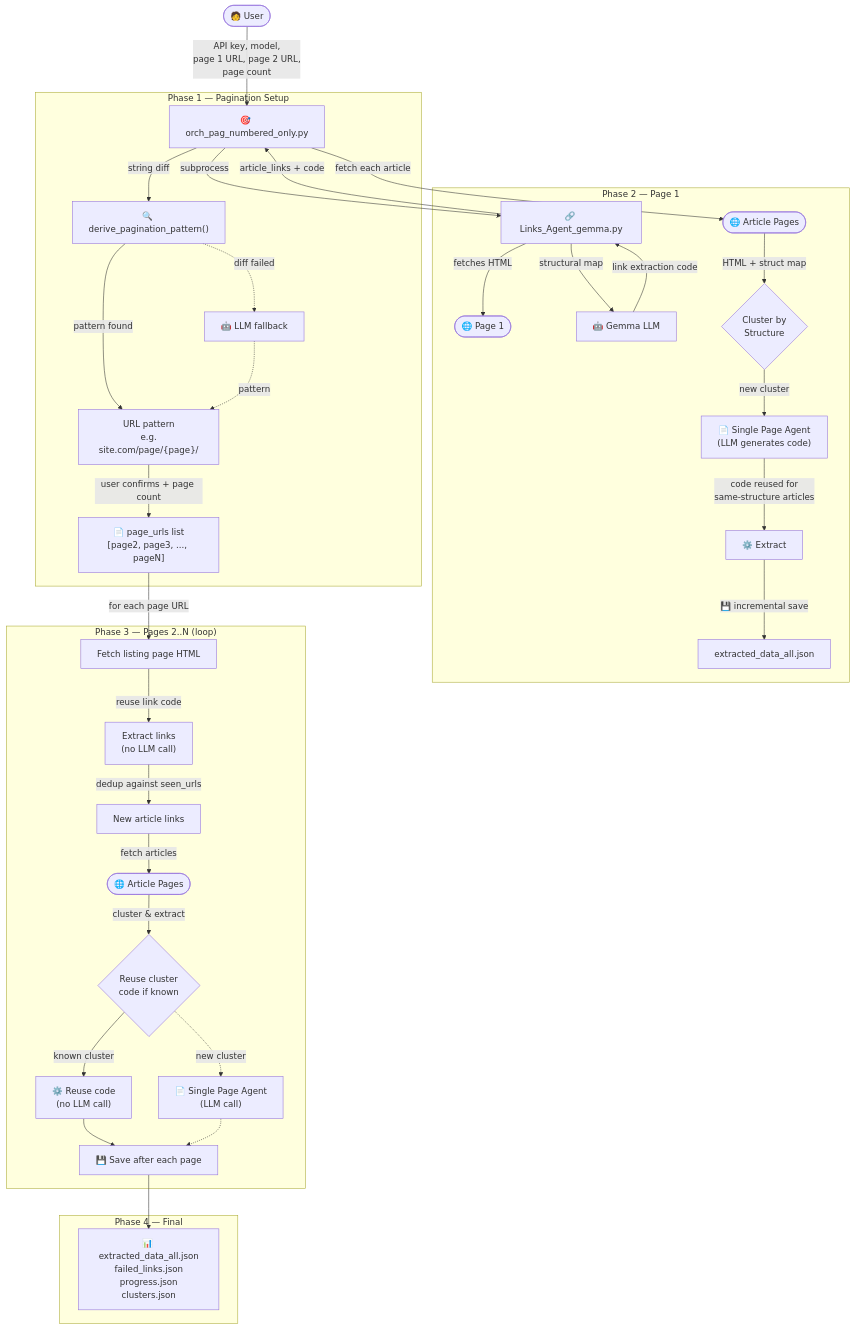
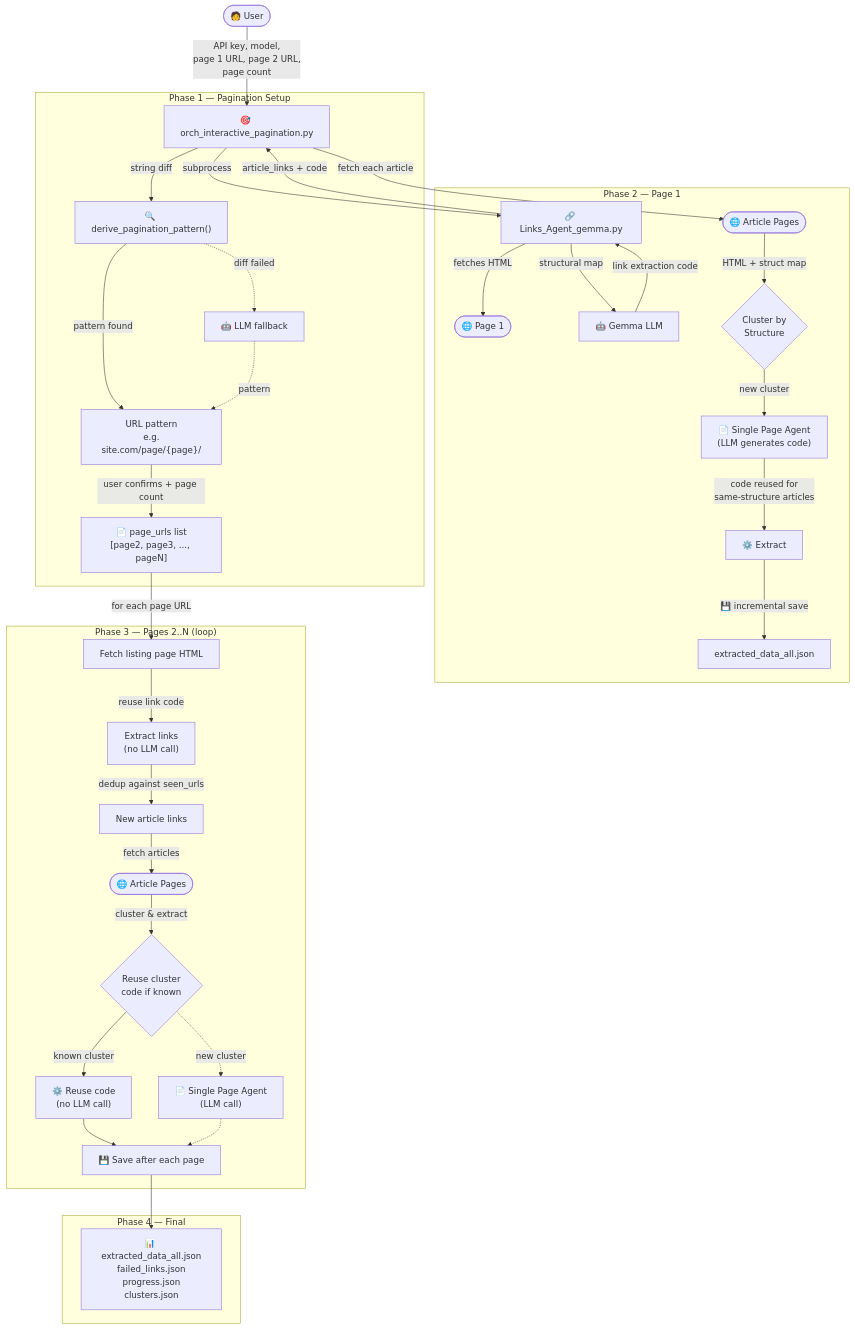
One commit to Aml-Hassan-Abd-El-hamid/AI-Agent-for-Web-Scraping changed the diagram in README.md. Above: the diagram before and after it, drawn with Mermaid. The commit also changed other lines of this file and 17 other files, not shown here.

````diff
--- a/README.md
+++ b/README.md
@@ -87,42 +87,42 @@
 ```mermaid
 flowchart TD
-    User([🧑 User]) -->|API key, model,\npage 1 URL, page 2 URL,\npage count| Orch["🎯 orch_pag_numbered_only.py"]
+    User([🧑 User]) -->|API key, model,\npage 1 URL, page 2 URL,\npage count| Orch["🎯 orch_interactive_pagination.py"]
 
     subgraph Phase1["Phase 1 — Pagination Setup"]
         Orch -->|string diff| Diff["🔍 derive_pagination_pattern()"]
         Diff -->|pattern found| Pattern["URL pattern\n e.g. site.com/page/{page}/"]
         Diff -.->|diff failed| LLM_Fallback["🤖 LLM fallback"]
         LLM_Fallback -.->|pattern| Pattern
         Pattern -->|user confirms + page count| PageURLs["📄 page_urls list\n[page2, page3, ..., pageN]"]
     end
 
     subgraph Phase2["Phase 2 — Page 1"]
         Orch -->|subprocess| LinksAgent["🔗 Links_Agent_gemma.py"]
         LinksAgent -->|fetches HTML| ListingPage([🌐 Page 1])
         LinksAgent -->|structural map| Gemma1[🤖 Gemma LLM]
         Gemma1 -->|link extraction code| LinksAgent
         LinksAgent -->|article_links + code| Orch
 
         Orch -->|fetch each article| Articles1([🌐 Article Pages])
         Articles1 -->|HTML + struct map| Cluster1{Cluster by\nStructure}
         Cluster1 -->|new cluster| Agent1["📄 Single Page Agent\n(LLM generates code)"]
         Agent1 -->|code reused for\nsame-structure articles| Extract1[⚙️ Extract]
         Extract1 -->|💾 incremental save| Save1["extracted_data_all.json"]
     end
 
     subgraph Phase3["Phase 3 — Pages 2..N (loop)"]
         PageURLs -->|for each page URL| FetchPage["Fetch listing page HTML"]
         FetchPage -->|reuse link code| ExtractLinks["Extract links\n(no LLM call)"]
         ExtractLinks -->|dedup against seen_urls| NewLinks["New article links"]
         NewLinks -->|fetch articles| Articles2([🌐 Article Pages])
         Articles2 -->|cluster & extract| Cluster2{Reuse cluster\ncode if known}
         Cluster2 -->|known cluster| Reuse["⚙️ Reuse code\n(no LLM call)"]
         Cluster2 -.->|new cluster| Agent2["📄 Single Page Agent\n(LLM call)"]
         Reuse --> Save2["💾 Save after each page"]
         Agent2 -.-> Save2
     end
 
     subgraph Phase4["Phase 4 — Final"]
         Save2 --> Final["📊 extracted_data_all.json\nfailed_links.json\nprogress.json\nclusters.json"]
     end
 ```
````
